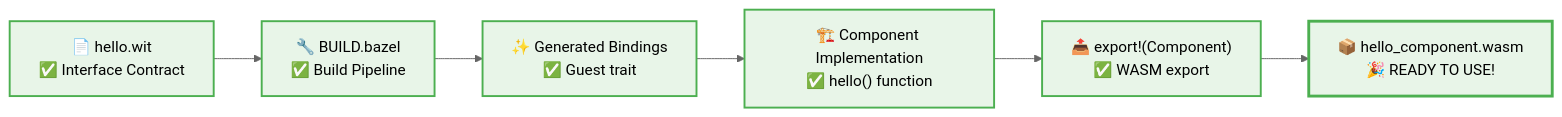
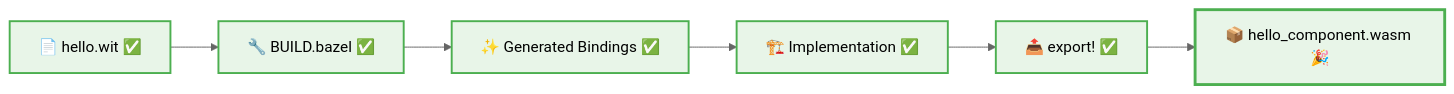
Before and after one commit to pulseengine/rules_wasm_component: the sixth of 6 diagrams in docs-site/src/content/docs/tutorials/code-explained.mdx, drawn with Mermaid (neutral theme). The commit also changed other lines of this file and 22 other files, not shown here.

First line of the commit message:
docs: add comprehensive guide on host vs WASM bindings

````diff
--- a/docs-site/src/content/docs/tutorials/code-explained.mdx
+++ b/docs-site/src/content/docs/tutorials/code-explained.mdx
@@ -436,24 +436,24 @@
 ```mermaid
 flowchart LR
-    A["📄 hello.wit<br/>✅ Interface Contract"]
-    B["🔧 BUILD.bazel<br/>✅ Build Pipeline"]
+    A[📄 hello.wit ✅]
+    B[🔧 BUILD.bazel ✅]
     
-    C["✨ Generated Bindings<br/>✅ Guest trait"]
-    D["🏗️ Component Implementation<br/>✅ hello() function"]
-    E["📤 export!(Component)<br/>✅ WASM export"]
+    C[✨ Generated Bindings ✅]
+    D[🏗️ Implementation ✅]
+    E[📤 export! ✅]
     
-    F["📦 hello_component.wasm<br/>🎉 READY TO USE!"]
+    F[📦 hello_component.wasm 🎉]
     
     A --> B
     B --> C
     C --> D
     D --> E
     E --> F
     
     style A fill:#e8f5e8,stroke:#4caf50,stroke-width:2px
     style B fill:#e8f5e8,stroke:#4caf50,stroke-width:2px
     style C fill:#e8f5e8,stroke:#4caf50,stroke-width:2px
     style D fill:#e8f5e8,stroke:#4caf50,stroke-width:2px
     style E fill:#e8f5e8,stroke:#4caf50,stroke-width:2px
     style F fill:#e8f5e8,stroke:#4caf50,stroke-width:3px
 ```
````
